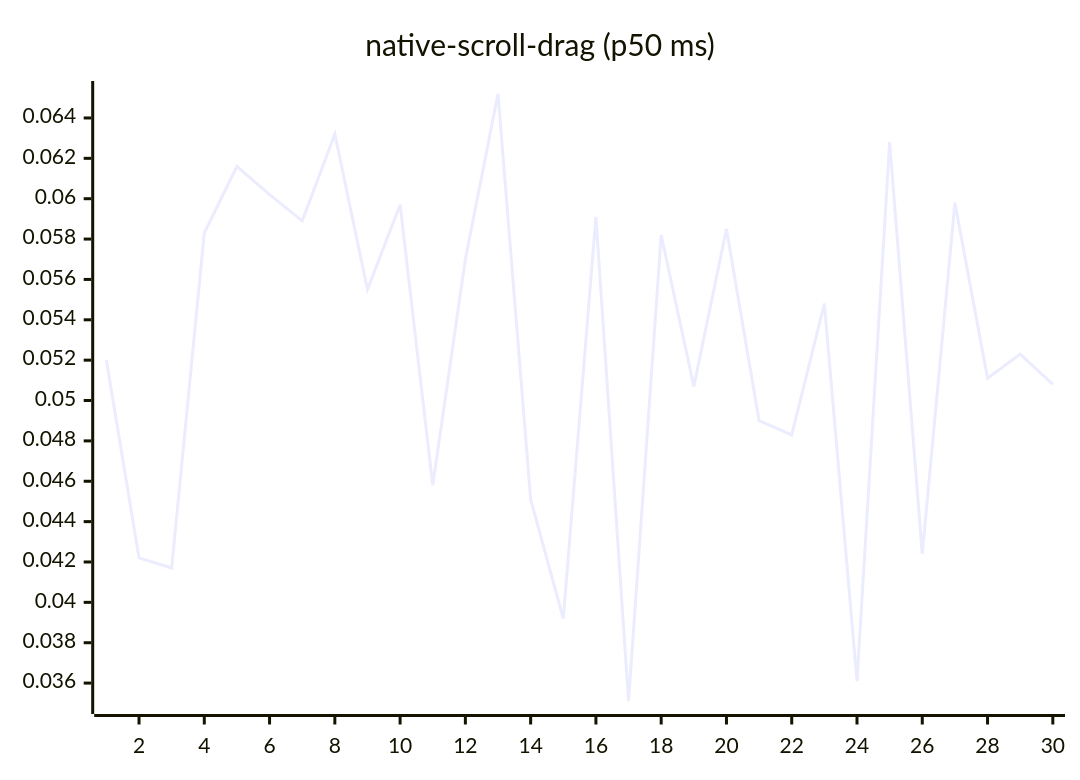
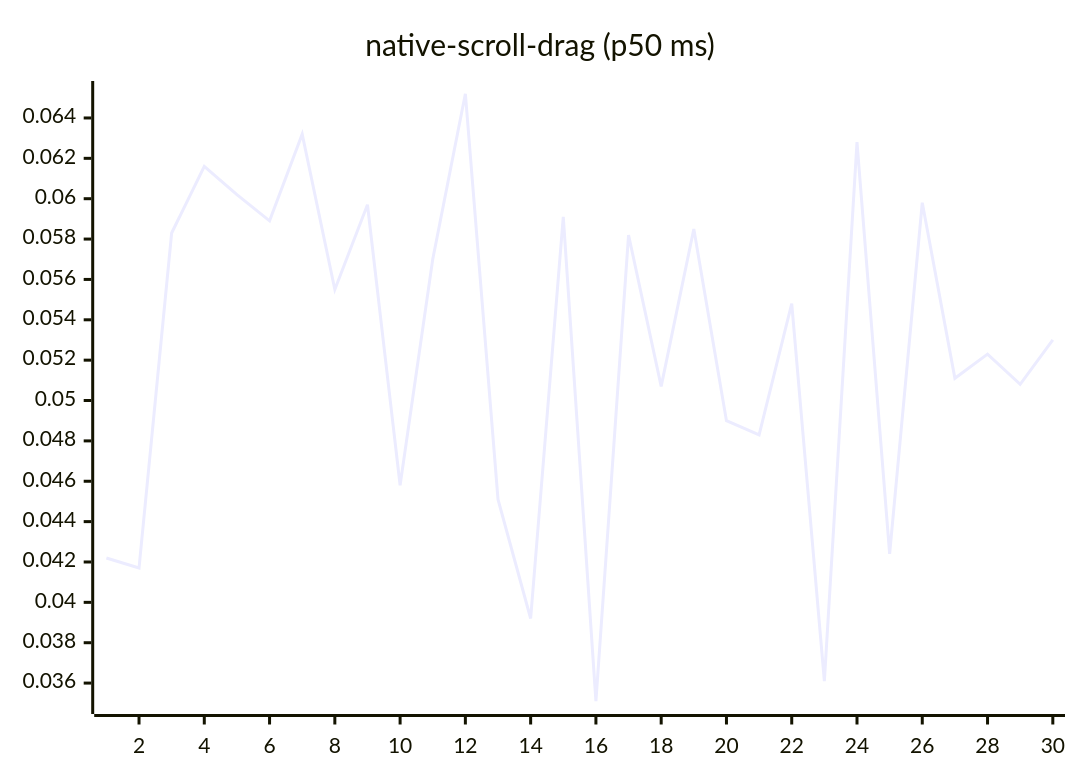
Diagram 14 of 27 in README.md (josha/Facet), drawn with Mermaid before and after one commit. The commit also changed other lines of this file and 2 other files, not shown here.

````diff
--- a/README.md
+++ b/README.md
@@ -154,6 +154,6 @@
 ```mermaid
 xychart-beta
     title "native-scroll-drag (p50 ms)"
     x-axis 1 --> 30
-    line [0.0520, 0.0422, 0.0417, 0.0583, 0.0616, 0.0602, 0.0589, 0.0632, 0.0555, 0.0597, 0.0458, 0.0570, 0.0652, 0.0451, 0.0392, 0.0591, 0.0351, 0.0582, 0.0507, 0.0585, 0.0490, 0.0483, 0.0548, 0.0361, 0.0628, 0.0424, 0.0598, 0.0511, 0.0523, 0.0508]
+    line [0.0422, 0.0417, 0.0583, 0.0616, 0.0602, 0.0589, 0.0632, 0.0555, 0.0597, 0.0458, 0.0570, 0.0652, 0.0451, 0.0392, 0.0591, 0.0351, 0.0582, 0.0507, 0.0585, 0.0490, 0.0483, 0.0548, 0.0361, 0.0628, 0.0424, 0.0598, 0.0511, 0.0523, 0.0508, 0.0530]
 ```
````
